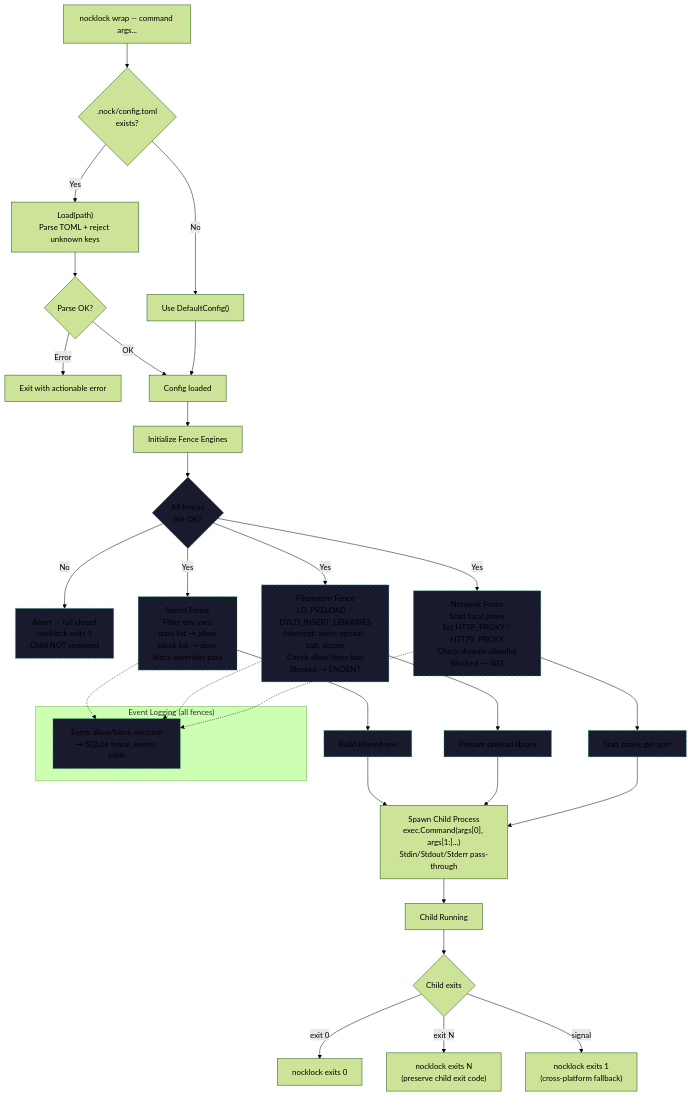
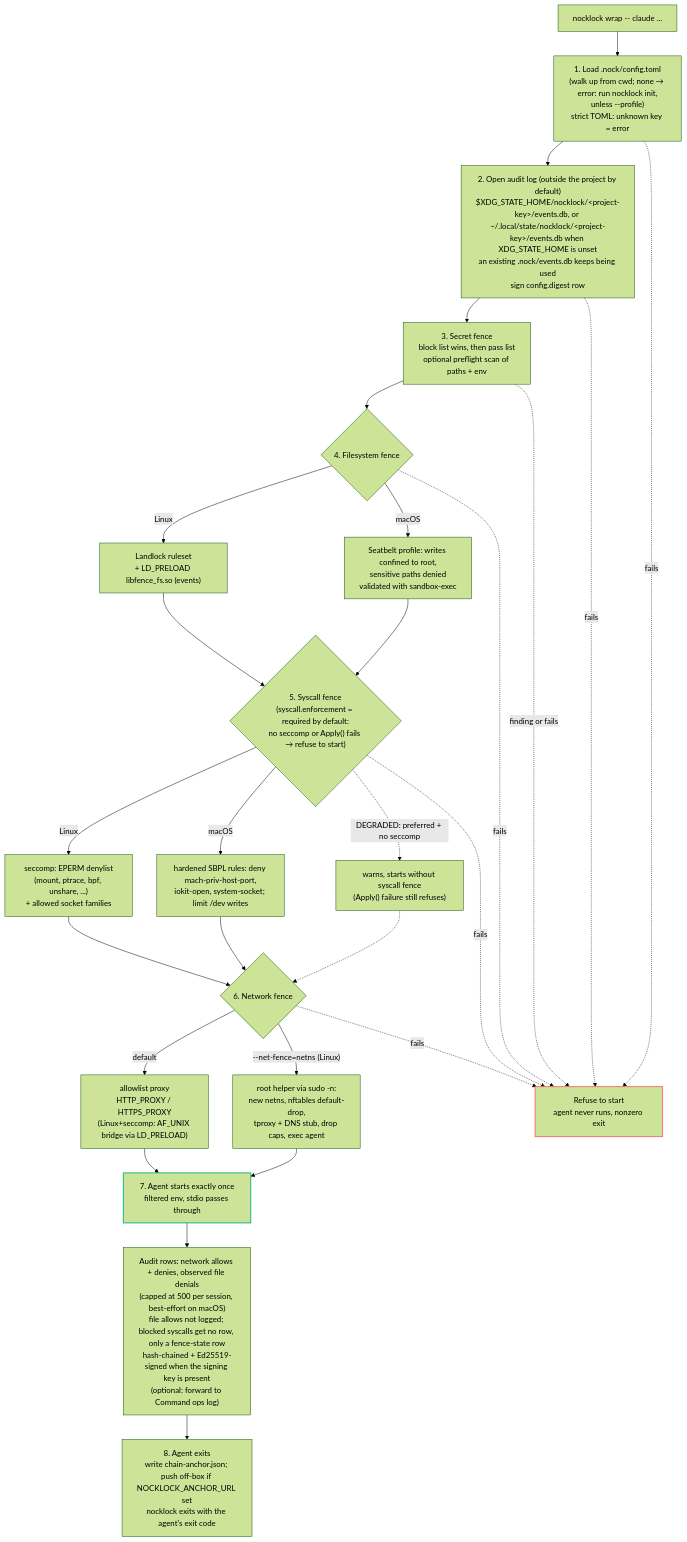
One commit to nocktechnologies/nocklock changed the diagram in .claude/diagrams/fence-flow.mermaid. Above: the diagram before and after it, drawn with Mermaid (forest theme). The commit also changed 5 other files, not shown here.

First line of the commit message:
docs: replace stale Mermaid diagrams with the shipped v0.6.1 design (#158)

```diff
--- a/.claude/diagrams/fence-flow.mermaid
+++ b/.claude/diagrams/fence-flow.mermaid
@@ -1,49 +1,43 @@
 %% NockLock — Fence Flow
-%% Config loading → fence engine setup → child process wrapping
+%% What `nocklock wrap -- <agent>` does, in order. Every fence is set up before
+%% the child starts; by default any setup failure refuses to start (fail closed).
+%% The one exception is syscall.enforcement = "preferred" on a kernel without
+%% seccomp (step 5): it warns and starts without the syscall fence.
 
 flowchart TD
-    A["nocklock wrap -- command args..."] --> B{".nock/config.toml<br/>exists?"}
+    A["nocklock wrap -- claude ..."] --> B["1. Load .nock/config.toml<br/>(walk up from cwd; none → error: run nocklock init,<br/>unless --profile)<br/>strict TOML: unknown key = error"]
+    B --> C["2. Open audit log (outside the project by default)<br/>$XDG_STATE_HOME/nocklock/&lt;project-key&gt;/events.db, or ~/.local/state/nocklock/&lt;project-key&gt;/events.db when XDG_STATE_HOME is unset<br/>an existing .nock/events.db keeps being used<br/>sign config.digest row"]
+    C --> D["3. Secret fence<br/>block list wins, then pass list<br/>optional preflight scan of paths + env"]
+    D --> E{"4. Filesystem fence"}
+    E -->|Linux| E1["Landlock ruleset<br/>+ LD_PRELOAD libfence_fs.so (events)"]
+    E -->|macOS| E2["Seatbelt profile: writes confined to root,<br/>sensitive paths denied<br/>validated with sandbox-exec"]
+    E1 --> F
+    E2 --> F
+    F{"5. Syscall fence<br/>(syscall.enforcement = required by default:<br/>no seccomp or Apply() fails → refuse to start)"}
+    F -->|Linux| F1["seccomp: EPERM denylist<br/>(mount, ptrace, bpf, unshare, ...)<br/>+ allowed socket families"]
+    F -->|macOS| F2["hardened SBPL rules: deny mach-priv-host-port,<br/>iokit-open, system-socket; limit /dev writes"]
+    F -. "DEGRADED: preferred + no seccomp" .-> FD["warns, starts without syscall fence<br/>(Apply() failure still refuses)"]
+    FD -.-> G
+    F1 --> G
+    F2 --> G
+    G{"6. Network fence"}
+    G -->|default| G1["allowlist proxy<br/>HTTP_PROXY / HTTPS_PROXY<br/>(Linux+seccomp: AF_UNIX bridge via LD_PRELOAD)"]
+    G -->|"--net-fence=netns (Linux)"| G2["root helper via sudo -n:<br/>new netns, nftables default-drop,<br/>tproxy + DNS stub, drop caps, exec agent"]
+    G1 --> H
+    G2 --> H
+    H["7. Agent starts exactly once<br/>filtered env, stdio passes through"]
+    H --> I["Audit rows: network allows + denies, observed file denials<br/>(capped at 500 per session, best-effort on macOS)<br/>file allows not logged; blocked syscalls get no row, only a fence-state row<br/>hash-chained + Ed25519-signed when the signing key is present<br/>(optional: forward to Command ops log)"]
+    I --> J["8. Agent exits<br/>write chain-anchor.json; push off-box if NOCKLOCK_ANCHOR_URL set<br/>nocklock exits with the agent's exit code"]
 
-    B -->|No| C["Use DefaultConfig()"]
-    B -->|Yes| D["Load(path)<br/>Parse TOML + reject unknown keys"]
-    D --> E{Parse OK?}
-    E -->|Error| F["Exit with actionable error"]
-    E -->|OK| G["Config loaded"]
-    C --> G
+    B -. fails .-> X
+    C -. fails .-> X
+    D -. "finding or fails" .-> X
+    E -. fails .-> X
+    F -. fails .-> X
+    G -. fails .-> X
+    X["Refuse to start<br/>agent never runs, nonzero exit"]
 
-    G --> H["Initialize Fence Engines"]
-
-    H --> H_CHK{All fences<br/>init OK?}
-    H_CHK -->|No| H_FAIL["Abort — fail closed<br/>nocklock exits 1<br/>Child NOT spawned"]
-    H_CHK -->|Yes| I
-
-    I["Secret Fence<br/>Filter env vars:<br/>pass list → allow<br/>block list → deny<br/>block overrides pass"]
-
-    H_CHK -->|Yes| J["Filesystem Fence<br/>LD_PRELOAD / DYLD_INSERT_LIBRARIES<br/>Intercept: open, openat, stat, access<br/>Check allow/deny lists<br/>Blocked → ENOENT"]
-
-    H_CHK -->|Yes| K["Network Fence<br/>Start local proxy<br/>Set HTTP_PROXY / HTTPS_PROXY<br/>Check domain allowlist<br/>Blocked → 403"]
-
-    I --> L["Build filtered env"]
-    J --> M["Prepare preload library"]
-    K --> N["Start proxy, get port"]
-
-    L --> O["Spawn Child Process<br/>exec.Command(args[0], args[1:]...)<br/>Stdin/Stdout/Stderr pass-through"]
-    M --> O
-    N --> O
-
-    O --> P["Child Running"]
-    P --> Q{Child exits}
-    Q -->|exit 0| R["nocklock exits 0"]
-    Q -->|exit N| S["nocklock exits N<br/>(preserve child exit code)"]
-    Q -->|signal| T["nocklock exits 1<br/>(cross-platform fallback)"]
-
-    subgraph "Event Logging (all fences)"
-        U["Every allow/block decision<br/>→ SQLite fence_events table"]
-    end
-
-    I -.-> U
-    J -.-> U
-    K -.-> U
-
-    classDef planned fill:#1a1a2e,stroke:#10B981,stroke-dasharray: 5 5
-    class I,J,K,L,M,N,U,H_CHK,H_FAIL planned
+    classDef refused stroke:#F87171,stroke-width:2px
+    classDef running stroke:#10B981,stroke-width:2px
+    class X refused
+    class H running
```
